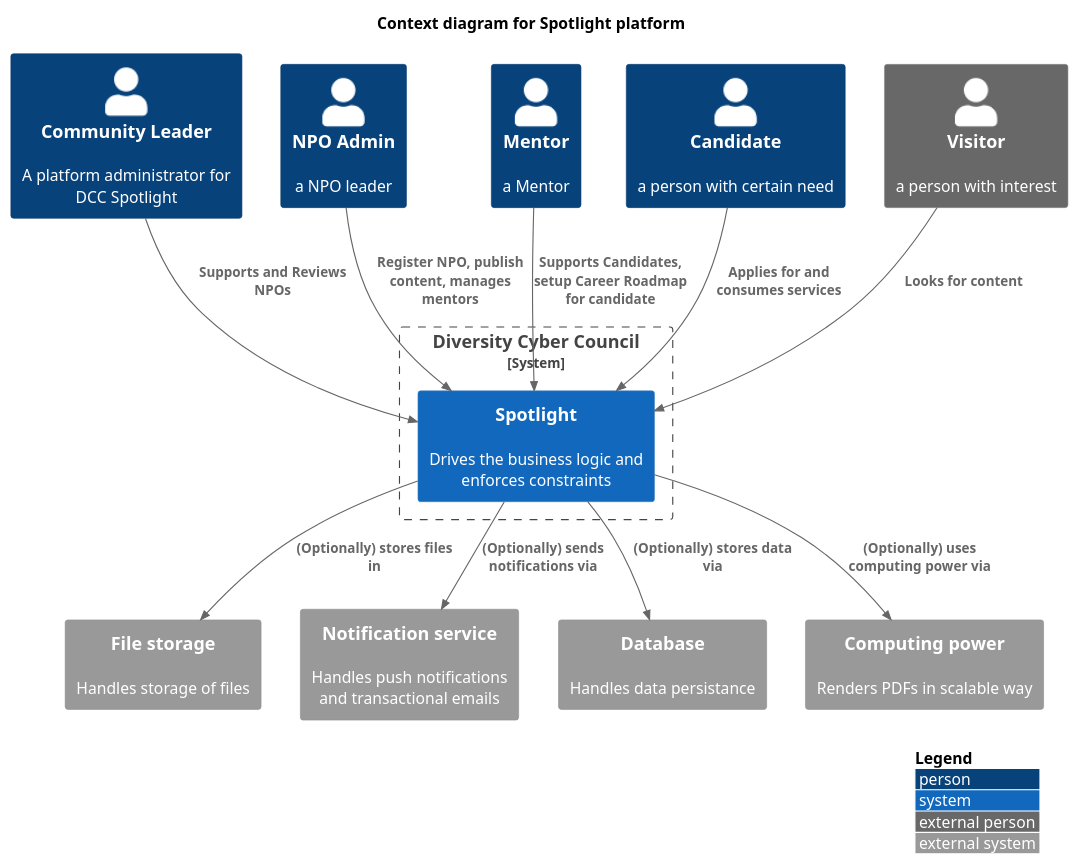
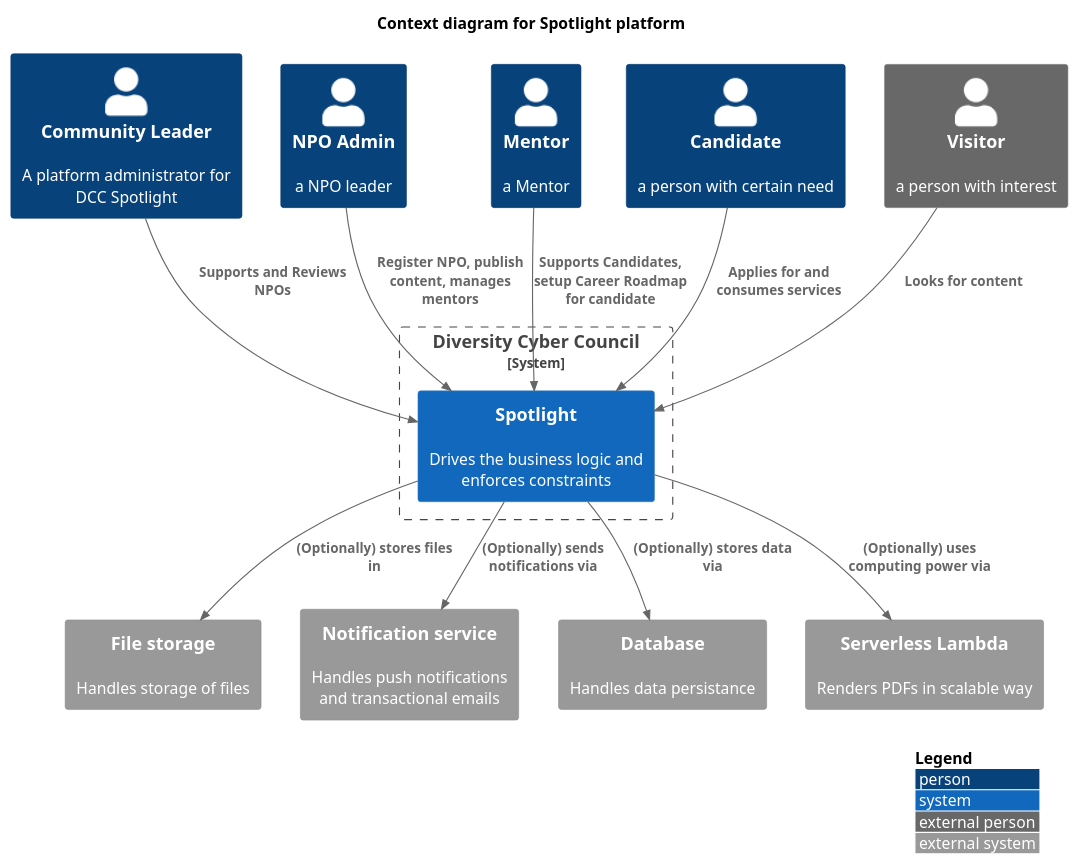
The diagram in assets/plantuml/context.puml (arch8s/spring-2022), drawn with PlantUML before and after one commit.

```diff
--- a/assets/plantuml/context.puml
+++ b/assets/plantuml/context.puml
@@ -1,34 +1,34 @@
 @startuml Spotlight context diagram
 !includeurl https://raw.githubusercontent.com/RicardoNiepel/C4-PlantUML/release/1-0/C4_Context.puml
 
 title Context diagram for Spotlight platform
 
 LAYOUT_WITH_LEGEND()
 
 Person(community_leader, "Community Leader", "A platform administrator for DCC Spotlight")
 Person(npo_admin, "NPO Admin", "a NPO leader")
 Person(mentor, "Mentor", "a Mentor")
 Person(candidate, "Candidate", "a person with certain need")
 Person_Ext(visitor, "Visitor", "a person with interest")
 
 System_Boundary(diversity_cyber_council, "Diversity Cyber Council") {
     System(spotlight, "Spotlight", "Drives the business logic and enforces constraints")
 }
 
 System_Ext(s3, "File storage", "Handles storage of files")
 System_Ext(ses, "Notification service", "Handles push notifications and transactional emails")
 System_Ext(rds, "Database", "Handles data persistance")
-System_Ext(serverless, "Computing power", "Renders PDFs in scalable way")
+System_Ext(serverless, "Serverless Lambda", "Renders PDFs in scalable way")
 
 Rel(community_leader, spotlight, "Supports and Reviews NPOs")
 Rel(npo_admin, spotlight, "Register NPO, publish content, manages mentors")
 Rel(mentor, spotlight, "Supports Candidates, setup Career Roadmap for candidate")
 Rel(candidate, spotlight, "Applies for and consumes services")
 Rel(visitor, spotlight, "Looks for content")
 
 Rel(spotlight, s3, "(Optionally) stores files in ")
 Rel(spotlight, ses, "(Optionally) sends notifications via ")
 Rel(spotlight, rds, "(Optionally) stores data via ")
 Rel(spotlight, serverless, "(Optionally) uses computing power via ")
 
 @enduml
```
